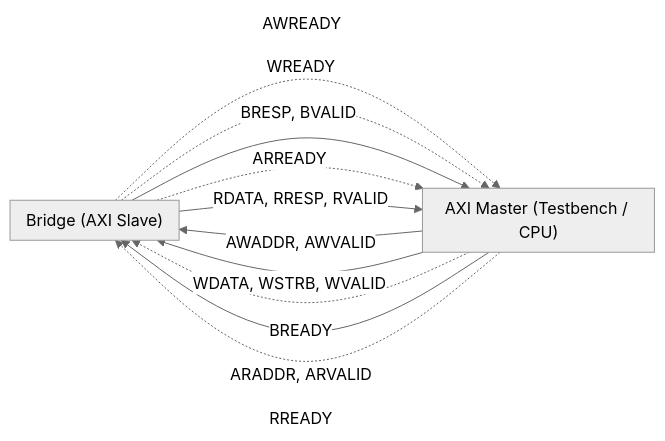
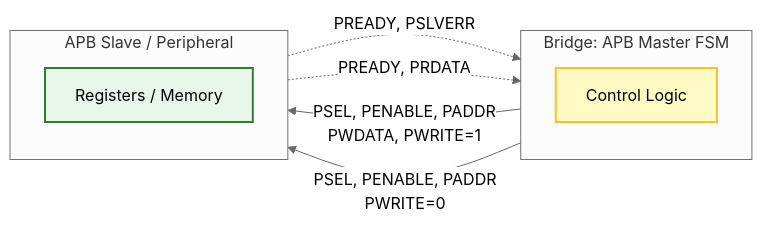
The second of 3 diagrams in README.md (noammalca1/AXI4-Lite-to-APB-Bridge-with-Asynchronous-CDC), drawn with Mermaid (neutral theme) before and after one commit.

````diff
--- a/README.md
+++ b/README.md
@@ -69,30 +69,28 @@
 ```mermaid
 graph LR
-    subgraph Master_Side ["AXI Master (Testbench / CPU)"]
+    %% Definitions
+    subgraph APB_Master_Node [Bridge: APB Master FSM]
         direction TB
+        Bridge_Logic["Control Logic"]
     end
 
-    subgraph Slave_Side ["Bridge (AXI Slave)"]
+    subgraph APB_Slave_Node [APB Slave / Peripheral]
         direction TB
+        Slave_Mem["Registers / Memory"]
     end
 
-    %% Write Address Channel
-    Master_Side -- "AWADDR, AWVALID" --> Slave_Side
-    Slave_Side -. "AWREADY" .-> Master_Side
+    %% Styles
+    classDef master fill:#fff9c4,stroke:#fbc02d,stroke-width:2px;
+    classDef slave fill:#e8f5e9,stroke:#2e7d32,stroke-width:2px;
+    class Bridge_Logic master;
+    class Slave_Mem slave;
 
-    %% Write Data Channel
-    Master_Side -- "WDATA, WSTRB, WVALID" --> Slave_Side
-    Slave_Side -. "WREADY" .-> Master_Side
+    %% --- WRITE TRANSACTION (PWRITE=1) ---
+    Bridge_Logic -- "PSEL, PENABLE, PADDR<br/>PWDATA, PWRITE=1" --> Slave_Mem
+    Slave_Mem -. "PREADY, PSLVERR" .-> Bridge_Logic
 
-    %% Write Response Channel
-    Slave_Side -- "BRESP, BVALID" --> Master_Side
-    Master_Side -. "BREADY" .-> Slave_Side
-
-    %% Read Address Channel
-    Master_Side -- "ARADDR, ARVALID" --> Slave_Side
-    Slave_Side -. "ARREADY" .-> Master_Side
-
-    %% Read Data Channel
-    Slave_Side -- "RDATA, RRESP, RVALID" --> Master_Side
-    Master_Side -. "RREADY" .-> Slave_Side
+    %% --- READ TRANSACTION (PWRITE=0) ---
+    %% Note: Signals are the same, just direction and data differ
+    Bridge_Logic -- "PSEL, PENABLE, PADDR<br/>PWRITE=0" --> Slave_Mem
+    Slave_Mem -. "PREADY, PRDATA" .-> Bridge_Logic
 ```
````
